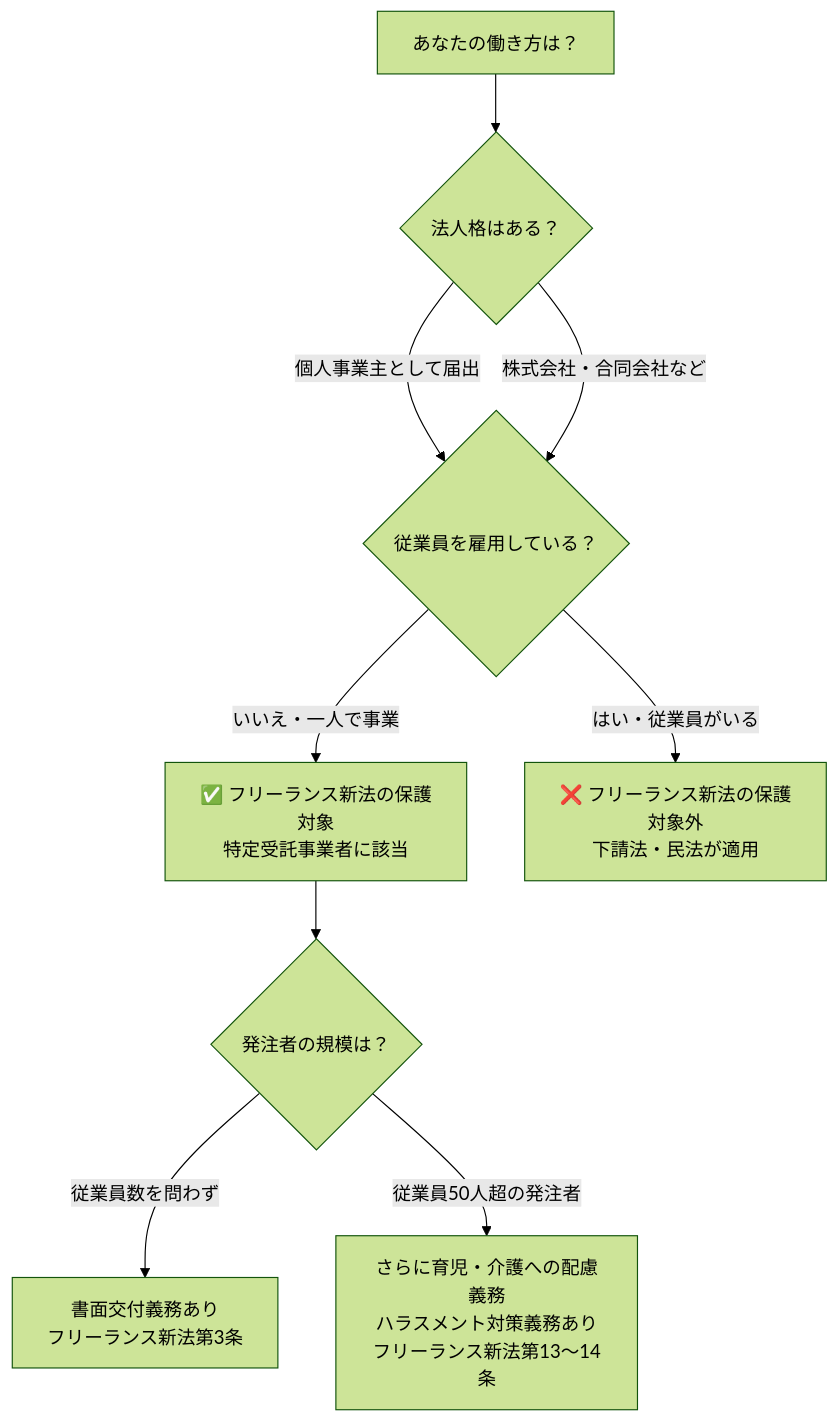
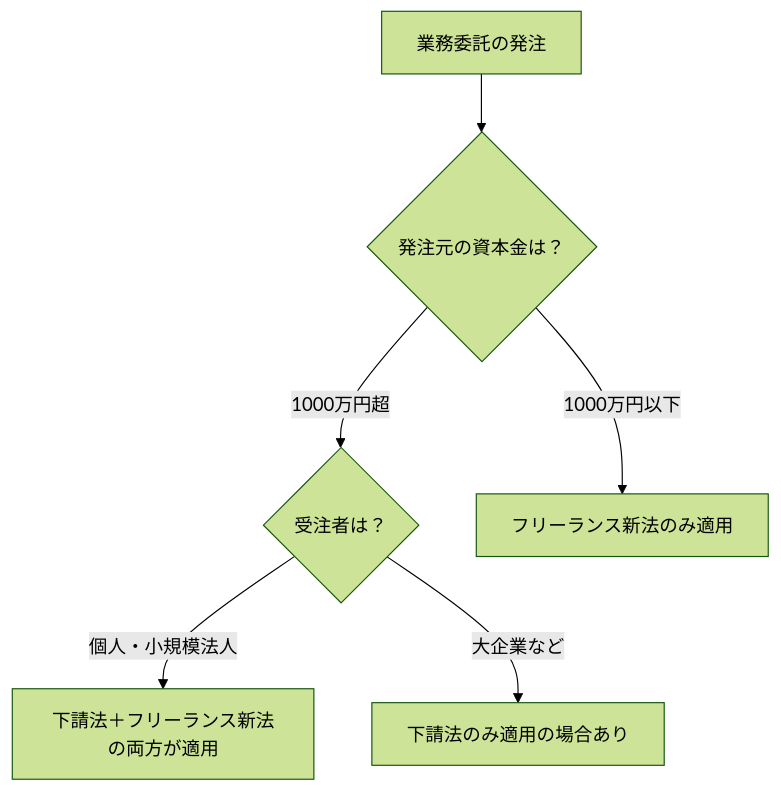
Before and after one commit to tukki-koh/freelance-articles: the second of 2 diagrams in 19_個人事業主とフリーランスの違い｜フリーランス新法の適用はどちらか.md, drawn with Mermaid (forest theme). The commit also changed other lines of this file, not shown here.

````diff
--- a/19_個人事業主とフリーランスの違い｜フリーランス新法の適用はどちらか.md
+++ b/19_個人事業主とフリーランスの違い｜フリーランス新法の適用はどちらか.md
@@ -49,11 +82,8 @@
-~~~mermaid
+```mermaid
 flowchart TD
-    A[あなたの働き方は？] --> B{法人格はある？}
-    B -->|個人事業主として届出| C{従業員を雇用している？}
-    B -->|株式会社・合同会社など| C
-    C -->|いいえ・一人で事業| D[✅ フリーランス新法の保護対象\n特定受託事業者に該当]
-    C -->|はい・従業員がいる| E[❌ フリーランス新法の保護対象外\n下請法・民法が適用]
-    D --> F{発注者の規模は？}
-    F -->|従業員数を問わず| G[書面交付義務あり\nフリーランス新法第3条]
-    F -->|従業員50人超の発注者| H[さらに育児・介護への配慮義務\nハラスメント対策義務あり\nフリーランス新法第13〜14条]
-~~~
+  A[業務委託の発注] --> B{発注元の資本金は？}
+  B -->|1000万円超| C{受注者は？}
+  B -->|1000万円以下| D[フリーランス新法のみ適用]
+  C -->|個人・小規模法人| E[下請法＋フリーランス新法の両方が適用]
+  C -->|大企業など| F[下請法のみ適用の場合あり]
+```
````
